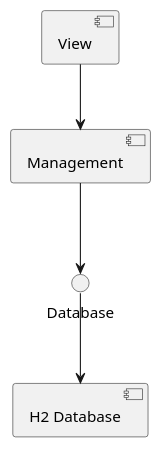
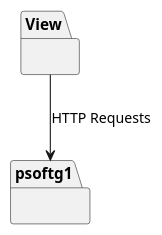
The diagram in psoft-project-2024-g1/Docs/Geral/LogicalDiagramN1.puml (GuilhermeCunha79/LMS_MicroserviceArchitecture), drawn with PlantUML before and after one commit. The commit also changed 2 other files, not shown here.

Commit message:
Logical Diagram N1 and N2 Documentation

```diff
--- a/psoft-project-2024-g1/Docs/Geral/LogicalDiagramN1.puml
+++ b/psoft-project-2024-g1/Docs/Geral/LogicalDiagramN1.puml
@@ -1,13 +1,12 @@
 @startuml
-component View
 
-component Management {
+package View {
 }
 
-component "H2 Database" {
+package psoftg1 {
+
 }
 
-Database --> "H2 Database"
-View --> Management
-Management --> Database
+View --> psoftg1 : HTTP Requests
+
 @enduml
```
